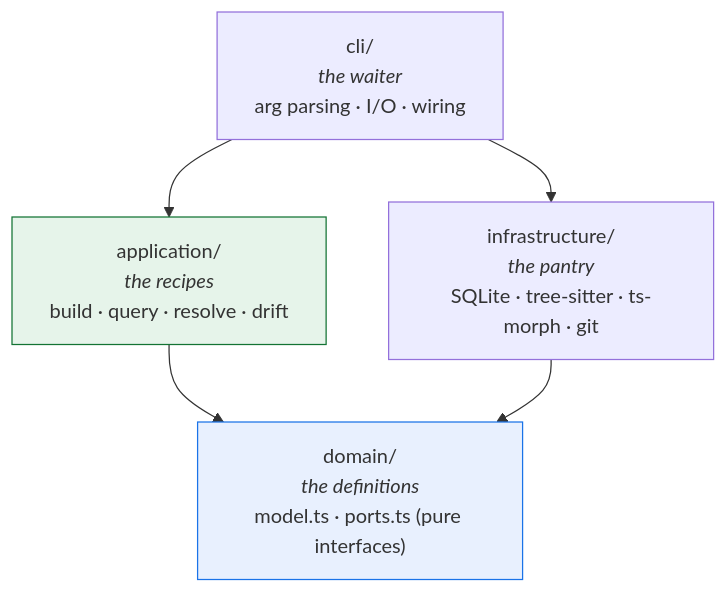
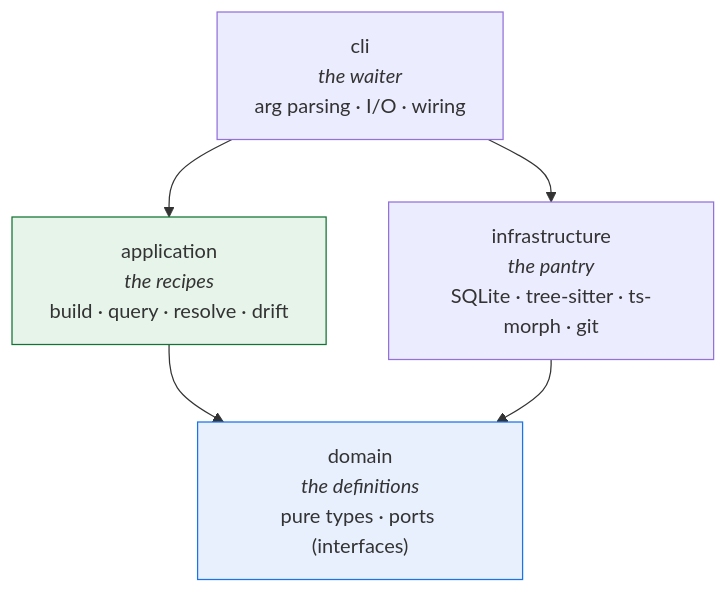
Before and after one commit to Kolimar/leina: the first of 4 diagrams in docs/i18n/en/concepts/01-arquitectura.md, drawn with Mermaid. The commit also changed other lines of this file and 22 other files, not shown here.

````diff
--- a/docs/i18n/en/concepts/01-arquitectura.md
+++ b/docs/i18n/en/concepts/01-arquitectura.md
@@ -31,15 +31,15 @@
 ```mermaid
 flowchart TD
-    cli["cli/<br/><i>the waiter</i><br/>arg parsing · I/O · wiring"]
-    app["application/<br/><i>the recipes</i><br/>build · query · resolve · drift"]
-    infra["infrastructure/<br/><i>the pantry</i><br/>SQLite · tree-sitter · ts-morph · git"]
-    domain["domain/<br/><i>the definitions</i><br/>model.ts · ports.ts (pure interfaces)"]
+    cli["cli<br/><i>the waiter</i><br/>arg parsing · I/O · wiring"]
+    app["application<br/><i>the recipes</i><br/>build · query · resolve · drift"]
+    infra["infrastructure<br/><i>the pantry</i><br/>SQLite · tree-sitter · ts-morph · git"]
+    domain["domain<br/><i>the definitions</i><br/>pure types · ports (interfaces)"]
 
     cli --> app
     cli --> infra
     app --> domain
     infra --> domain
 
     style domain fill:#e8f0fe,stroke:#1a73e8
     style app fill:#e6f4ea,stroke:#137333
 ```
````
